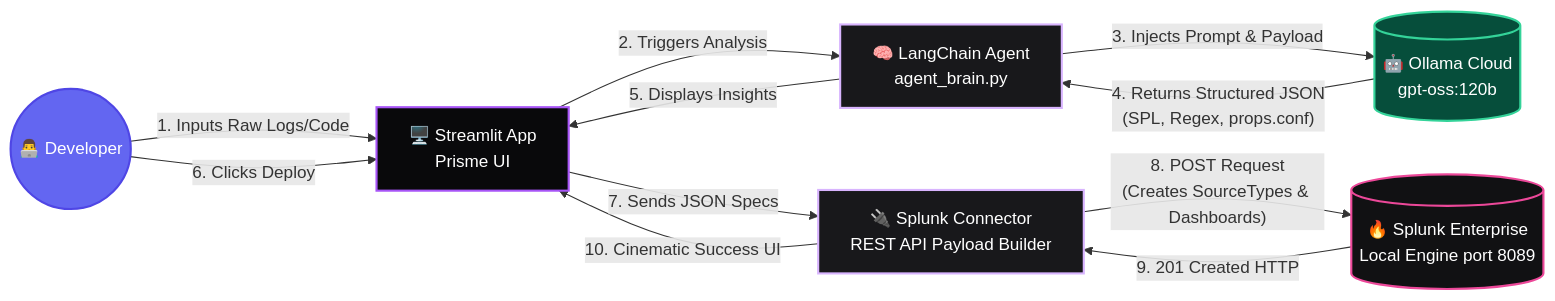
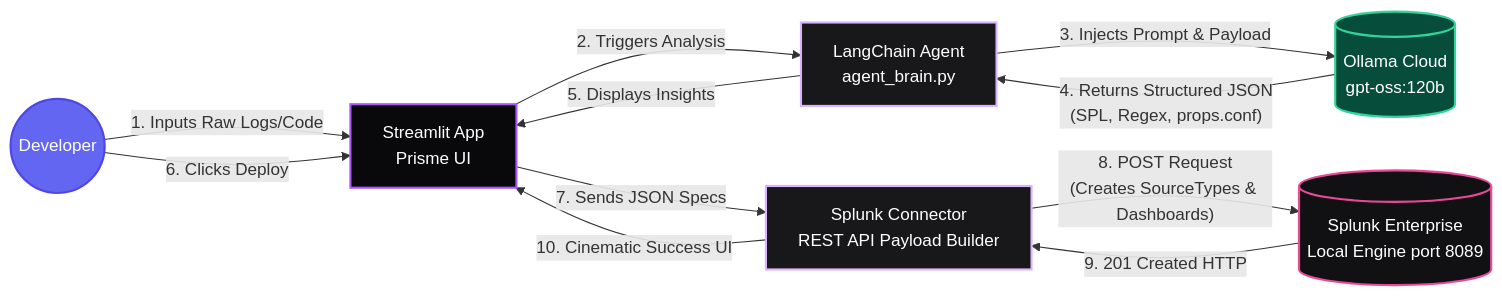
Before and after one commit to kaun-neel/prisme-AI: the diagram in README.md, drawn with Mermaid.

Commit message:
Update node labels in README diagram

````diff
--- a/README.md
+++ b/README.md
@@ -65,29 +65,29 @@
 ```mermaid
 graph LR
     %% Styling
     classDef user fill:#6366f1,stroke:#4f46e5,stroke-width:2px,color:#fff;
     classDef frontend fill:#09090b,stroke:#a855f7,stroke-width:2px,color:#fff;
     classDef brain fill:#18181b,stroke:#d8b4fe,stroke-width:2px,color:#fff;
     classDef llm fill:#064e3b,stroke:#34d399,stroke-width:2px,color:#fff;
     classDef splunk fill:#111113,stroke:#ec4899,stroke-width:2px,color:#fff;
 
     %% Nodes
-    User((👨‍💻 Developer)):::user
-    UI[🖥️ Streamlit App<br/>Prisme UI]:::frontend
-    LangChain[🧠 LangChain Agent<br/>agent_brain.py]:::brain
-    Ollama[(🤖 Ollama Cloud<br/>gpt-oss:120b)]:::llm
-    Connector[🔌 Splunk Connector<br/>REST API Payload Builder]:::brain
-    Splunk[(🔥 Splunk Enterprise<br/>Local Engine port 8089)]:::splunk
+    User((Developer)):::user
+    UI[Streamlit App<br/>Prisme UI]:::frontend
+    LangChain[LangChain Agent<br/>agent_brain.py]:::brain
+    Ollama[(Ollama Cloud<br/>gpt-oss:120b)]:::llm
+    Connector[Splunk Connector<br/>REST API Payload Builder]:::brain
+    Splunk[(Splunk Enterprise<br/>Local Engine port 8089)]:::splunk
 
     %% Edges / Data Flow
     User -- "1. Inputs Raw Logs/Code" --> UI
     UI -- "2. Triggers Analysis" --> LangChain
     LangChain -- "3. Injects Prompt & Payload" --> Ollama
     Ollama -- "4. Returns Structured JSON<br/>(SPL, Regex, props.conf)" --> LangChain
     LangChain -- "5. Displays Insights" --> UI
     User -- "6. Clicks Deploy" --> UI
     UI -- "7. Sends JSON Specs" --> Connector
     Connector -- "8. POST Request<br/>(Creates SourceTypes & Dashboards)" --> Splunk
     Splunk -- "9. 201 Created HTTP" --> Connector
     Connector -- "10. Cinematic Success UI" --> UI
 ```
````
